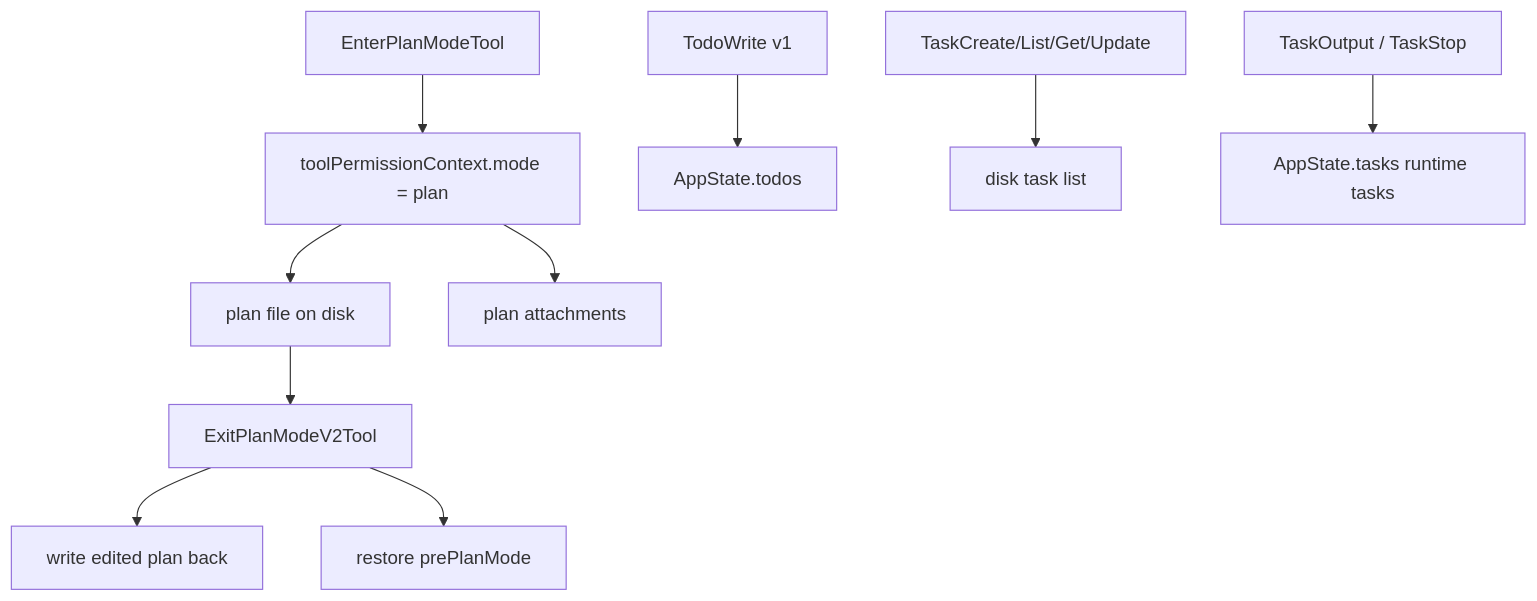
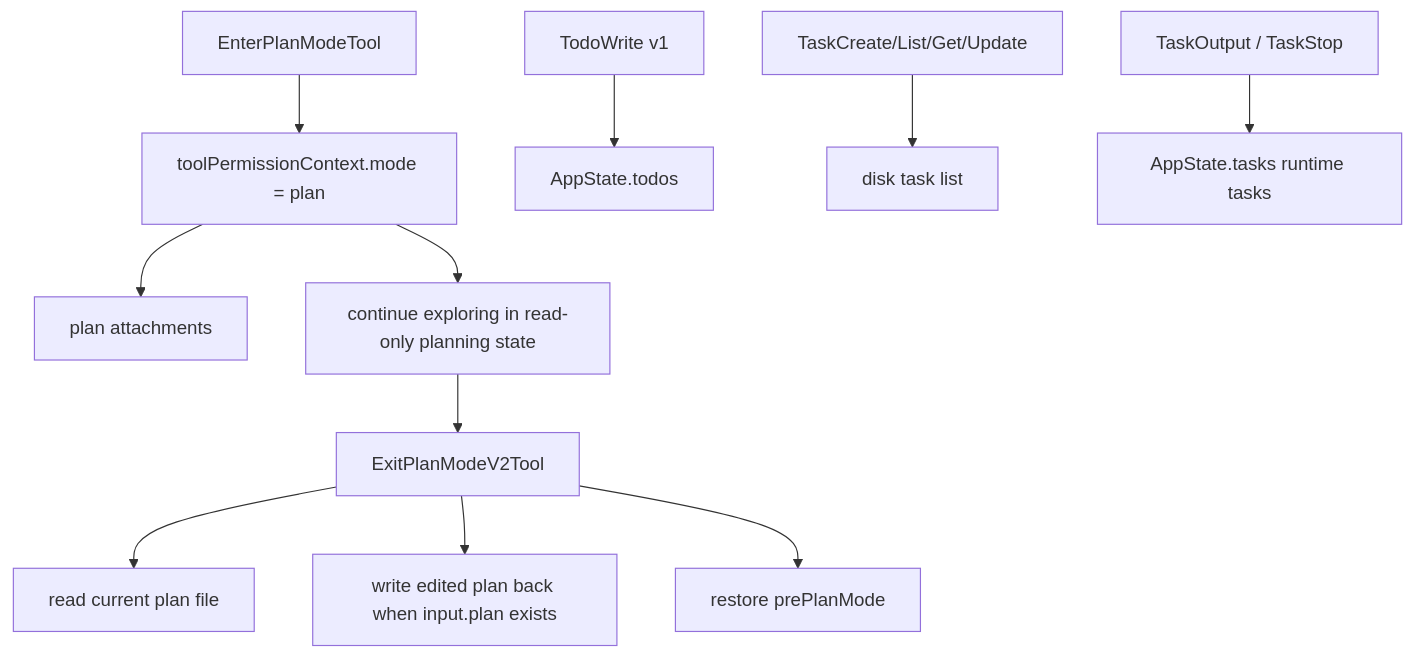
The second of 2 diagrams in MODULES/02-planning-compaction-and-assistant/DEEP/README.md (Boulea7/ClaudeCode-Source-DeepDive), drawn with Mermaid before and after one commit. The commit also changed other lines of this file and 5 other files, not shown here.

````diff
--- a/MODULES/02-planning-compaction-and-assistant/DEEP/README.md
+++ b/MODULES/02-planning-compaction-and-assistant/DEEP/README.md
@@ -274,13 +283,14 @@
 ```mermaid
 flowchart TD
     A[EnterPlanModeTool] --> B[toolPermissionContext.mode = plan]
-    B --> C[plan file on disk]
-    B --> D[plan attachments]
-    C --> E[ExitPlanModeV2Tool]
-    E --> F[write edited plan back]
-    E --> G[restore prePlanMode]
+    B --> C[plan attachments]
+    B --> D[continue exploring in read-only planning state]
+    D --> E[ExitPlanModeV2Tool]
+    E --> F[read current plan file]
+    E --> G[write edited plan back when input.plan exists]
+    E --> H[restore prePlanMode]
 
-    H[TodoWrite v1] --> I[AppState.todos]
-    J[TaskCreate/List/Get/Update] --> K[disk task list]
-    L[TaskOutput / TaskStop] --> M[AppState.tasks runtime tasks]
+    I[TodoWrite v1] --> J[AppState.todos]
+    K[TaskCreate/List/Get/Update] --> L[disk task list]
+    M[TaskOutput / TaskStop] --> N[AppState.tasks runtime tasks]
 ```
````
